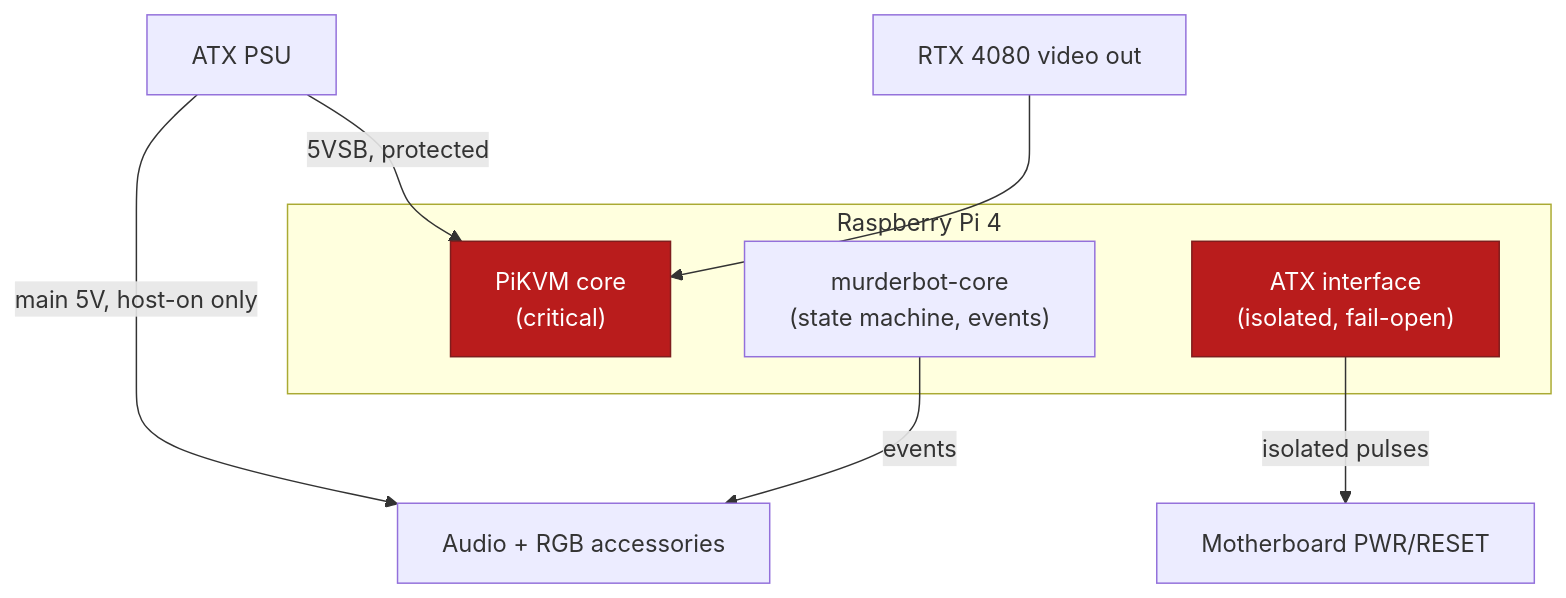
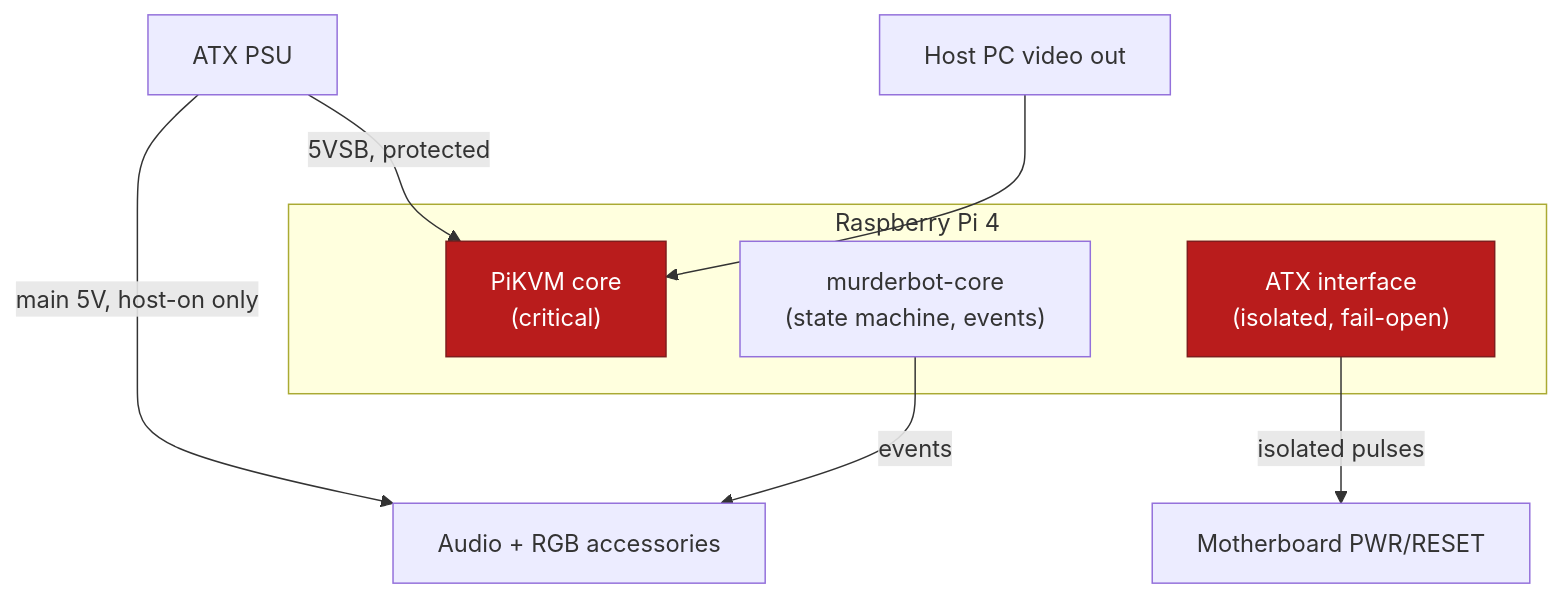
One commit to esanacore/murderbot-service-core changed the diagram in README.md. Above: the diagram before and after it, drawn with Mermaid. The commit also changed other lines of this file and 29 other files, not shown here.

````diff
--- a/README.md
+++ b/README.md
@@ -77,18 +77,18 @@
 ```mermaid
 flowchart TB
     PSU["ATX PSU"] -->|"5VSB, protected"| PIKVM
     PSU -->|"main 5V, host-on only"| ACC["Audio + RGB accessories"]
 
     subgraph PIBOX["Raspberry Pi 4"]
         PIKVM["PiKVM core\n(critical)"]
         CORE["murderbot-core\n(state machine, events)"]
         ATX["ATX interface\n(isolated, fail-open)"]
     end
 
-    GPU["RTX 4080 video out"] --> PIKVM
+    GPU["Host PC video out"] --> PIKVM
     CORE -->|events| ACC
     ATX -->|"isolated pulses"| HEADERS["Motherboard PWR/RESET"]
 
     classDef critical fill:#b91c1c,color:#fff,stroke:#7f1d1d;
     class PIKVM,ATX critical
 ```
````
